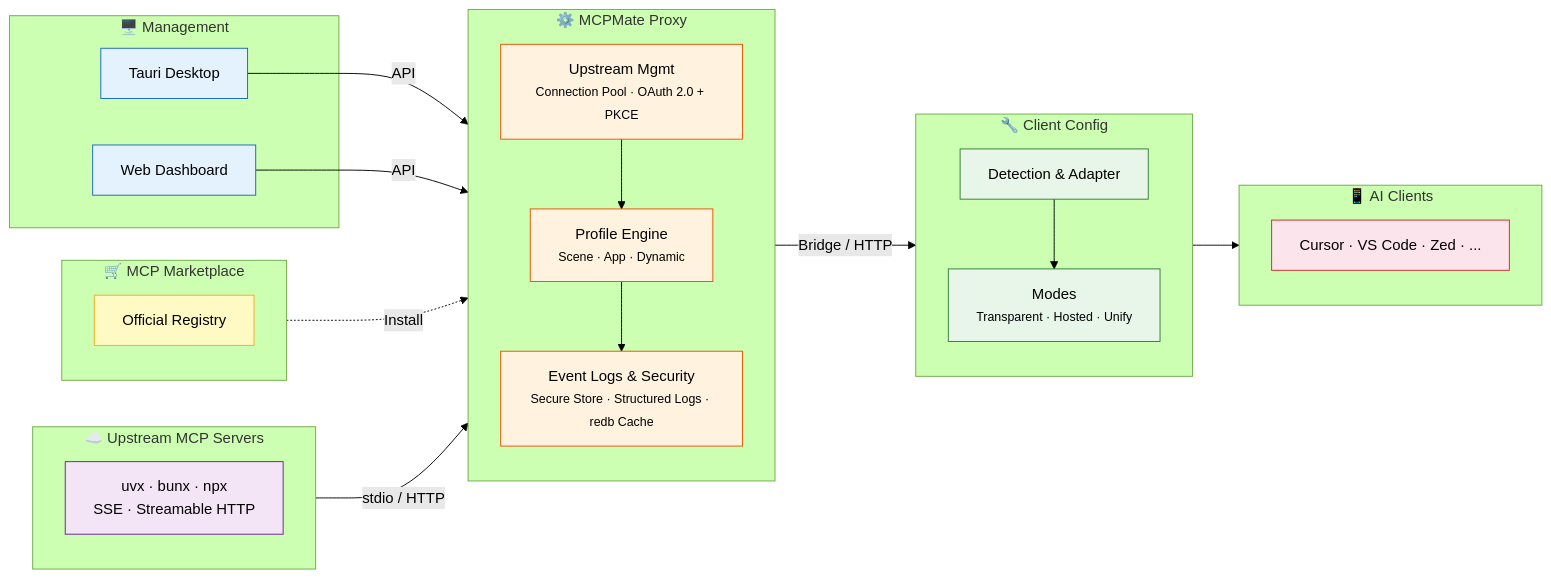
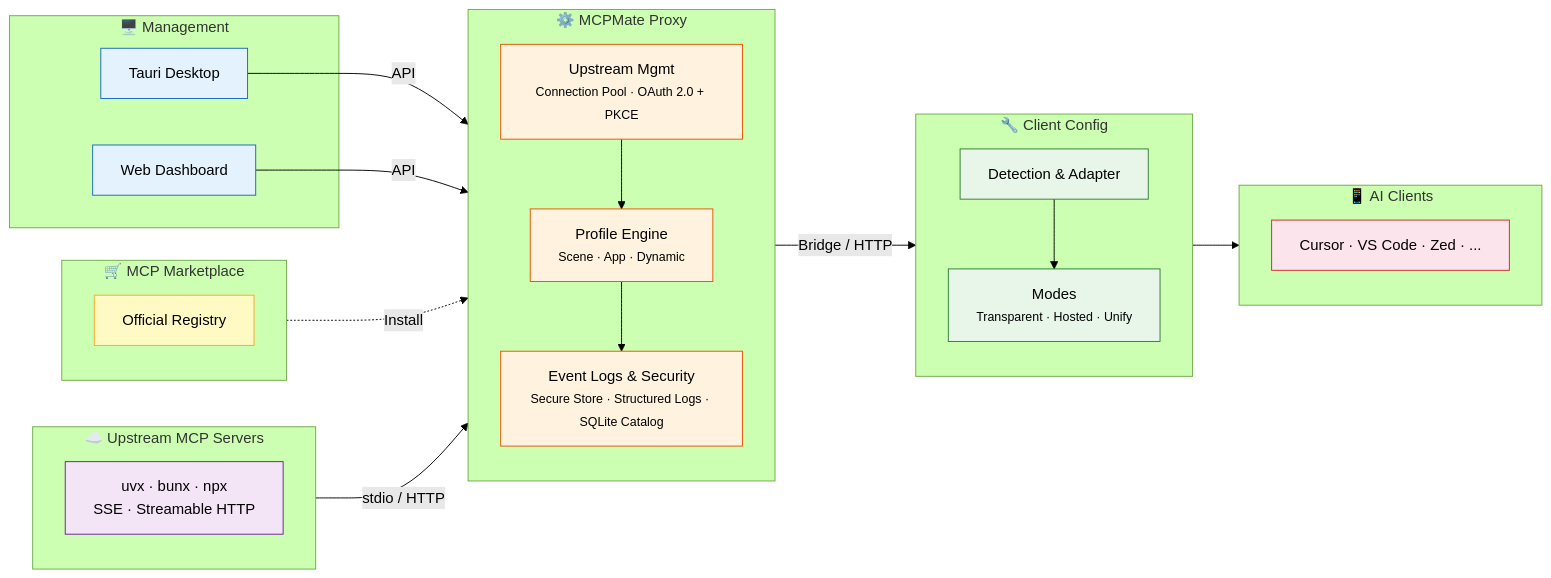
One commit to loocor/mcpmate changed the diagram in README.md. Above: the diagram before and after it, drawn with Mermaid (forest theme). The commit also changed other lines of this file and 5 other files, not shown here.

First line of the commit message:
docs: replace redb references with the SQLite capability catalog

````diff
--- a/README.md
+++ b/README.md
@@ -82,55 +82,55 @@
 ```mermaid
 flowchart LR
     subgraph mgmt ["🖥️ Management"]
         APP["Tauri Desktop"]
         DASH["Web Dashboard"]
     end
 
     subgraph proxy ["⚙️ MCPMate Proxy"]
         direction TB
         UP["Upstream Mgmt<br/><small>Connection Pool · OAuth 2.0 + PKCE</small>"]
         PROF["Profile Engine<br/><small>Scene · App · Dynamic</small>"]
-        SEC["Event Logs &amp; Security<br/><small>Secure Store · Structured Logs · redb Cache</small>"]
+        SEC["Event Logs &amp; Security<br/><small>Secure Store · Structured Logs · SQLite Catalog</small>"]
         UP --> PROF --> SEC
     end
 
     subgraph cfg ["🔧 Client Config"]
         direction TB
         DET["Detection &amp; Adapter"]
         MODES["Modes<br/><small>Transparent · Hosted · Unify</small>"]
         DET --> MODES
     end
 
     subgraph clients ["📱 AI Clients"]
         C["Cursor · VS Code · Zed · ..."]
     end
 
     subgraph upstream ["☁️ Upstream MCP Servers"]
         S["uvx · bunx · npx<br/>SSE · Streamable HTTP"]
     end
 
     subgraph market ["🛒 MCP Marketplace"]
         M["Official Registry"]
     end
 
     APP -->|"API"| proxy
     DASH -->|"API"| proxy
     market -.->|"Install"| proxy
     upstream -->|"stdio / HTTP"| proxy
     proxy -->|"Bridge / HTTP"| cfg
     MODES --> clients
 
     classDef mgmt fill:#e3f2fd,stroke:#1565c0,color:#000
     classDef proxy fill:#fff3e0,stroke:#e65100,color:#000
     classDef cfg fill:#e8f5e9,stroke:#2e7d32,color:#000
     classDef clients fill:#fce4ec,stroke:#c62828,color:#000
     classDef upstream fill:#f3e5f5,stroke:#6a1b9a,color:#000
     classDef market fill:#fff9c4,stroke:#f9a825,color:#000
 
     class APP,DASH mgmt
     class UP,PROF,SEC proxy
     class DET,MODES cfg
     class C clients
     class S upstream
     class M market
 ```
````
